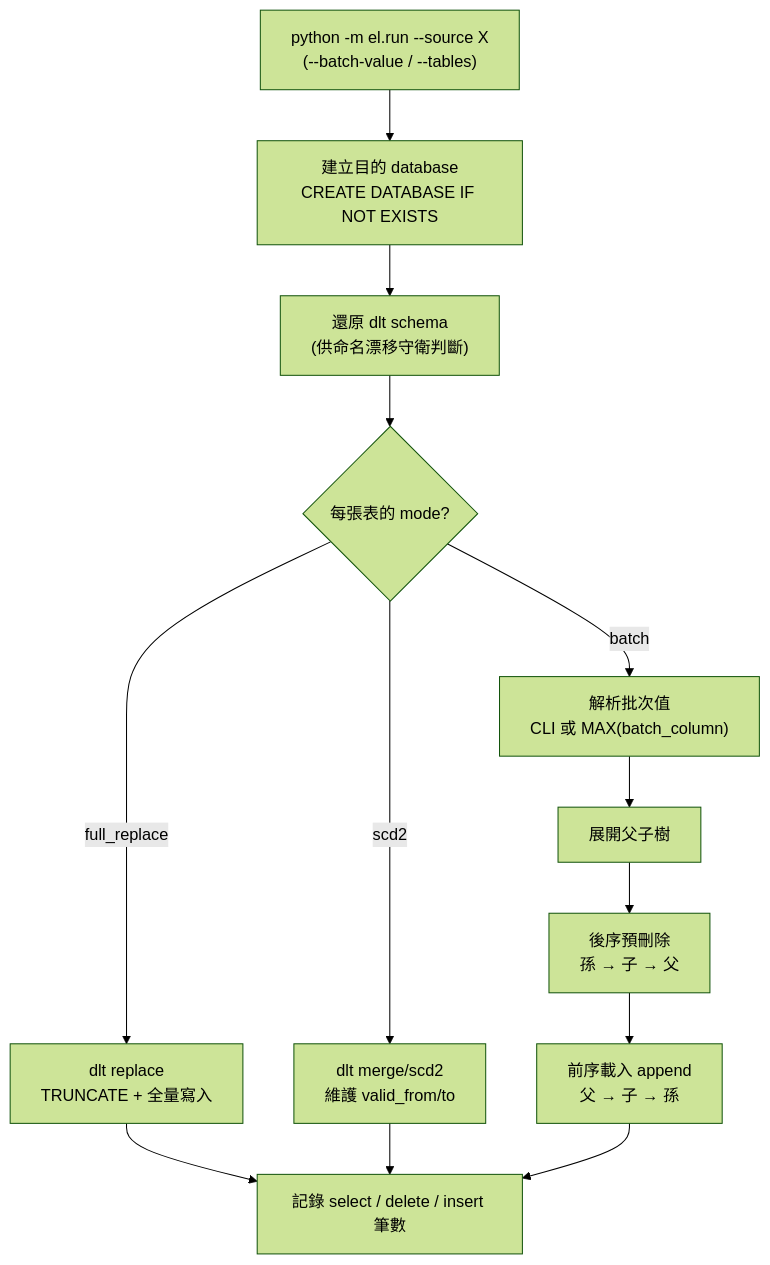
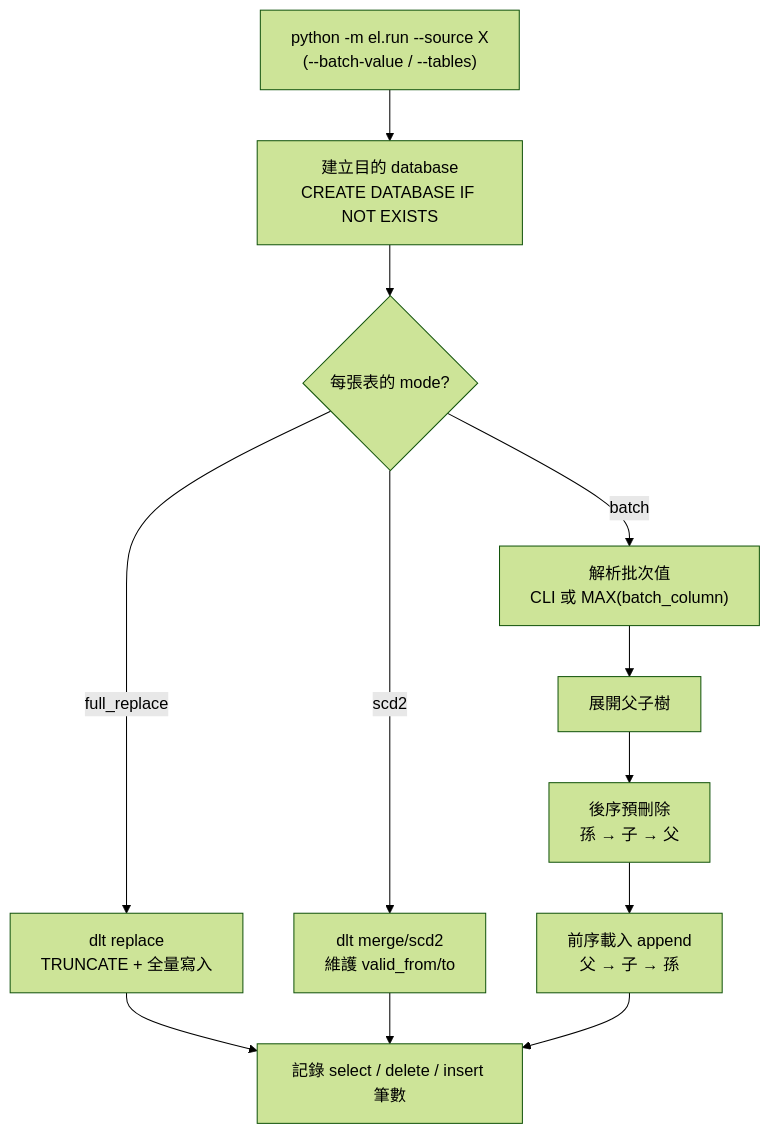
One commit to teddy960370/dlt changed the second of 2 diagrams in README.md. Above: the diagram before and after it, drawn with Mermaid (forest theme). The commit also changed other lines of this file and 3 other files, not shown here.

````diff
--- a/README.md
+++ b/README.md
@@ -79,15 +79,14 @@
 ```mermaid
 flowchart TD
     A["python -m el.run --source X<br/>(--batch-value / --tables)"] --> B["建立目的 database<br/>CREATE DATABASE IF NOT EXISTS"]
-    B --> C["還原 dlt schema<br/>(供命名漂移守衛判斷)"]
-    C --> D{"每張表的 mode?"}
+    B --> D{"每張表的 mode?"}
     D -->|full_replace| E["dlt replace<br/>TRUNCATE + 全量寫入"]
     D -->|scd2| F["dlt merge/scd2<br/>維護 valid_from/to"]
     D -->|batch| G["解析批次值<br/>CLI 或 MAX(batch_column)"]
     G --> H["展開父子樹"]
     H --> I["後序預刪除<br/>孫 → 子 → 父"]
     I --> J["前序載入 append<br/>父 → 子 → 孫"]
     E --> K["記錄 select / delete / insert 筆數"]
     F --> K
     J --> K
 ```
````
